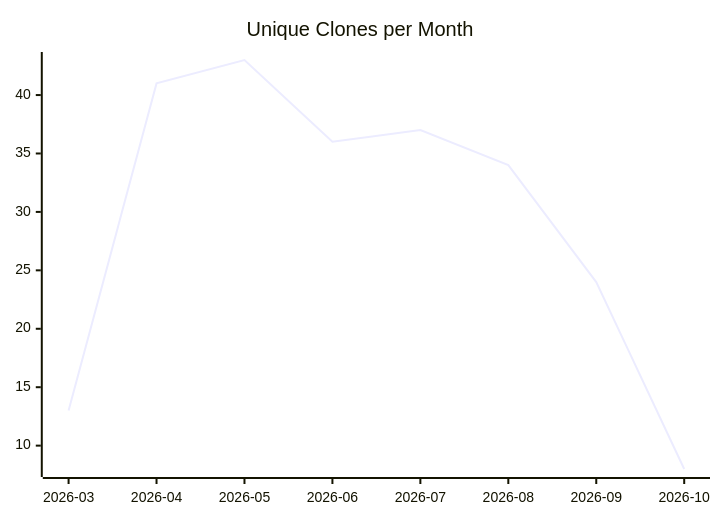
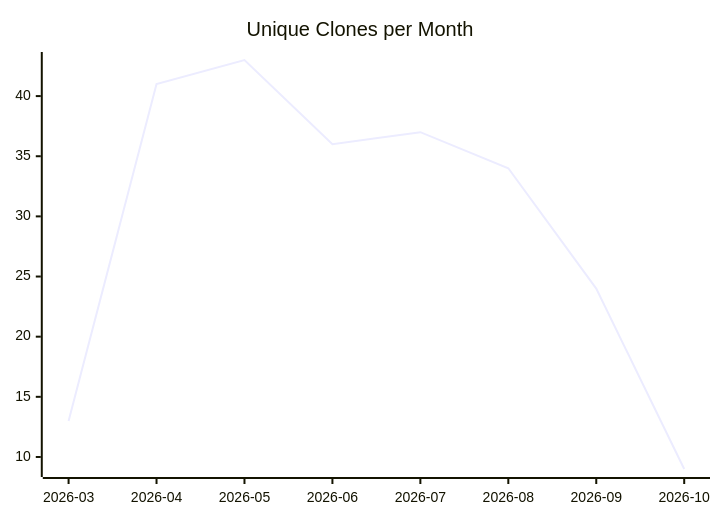
The third of 3 diagrams in karlmdavis/usgs-water-api-java/README.md (justdavis-family/github-analytics-data), drawn with Mermaid before and after one commit. The commit also changed other lines of this file and 198 other files, not shown here.

````diff
--- a/karlmdavis/usgs-water-api-java/README.md
+++ b/karlmdavis/usgs-water-api-java/README.md
@@ -19,6 +19,6 @@
 ```mermaid
 xychart-beta
   title "Unique Clones per Month"
   x-axis ["2026-03", "2026-04", "2026-05", "2026-06", "2026-07", "2026-08", "2026-09", "2026-10"]
-  line [13, 41, 43, 36, 37, 34, 24, 8]
+  line [13, 41, 43, 36, 37, 34, 24, 9]
 ```
````
